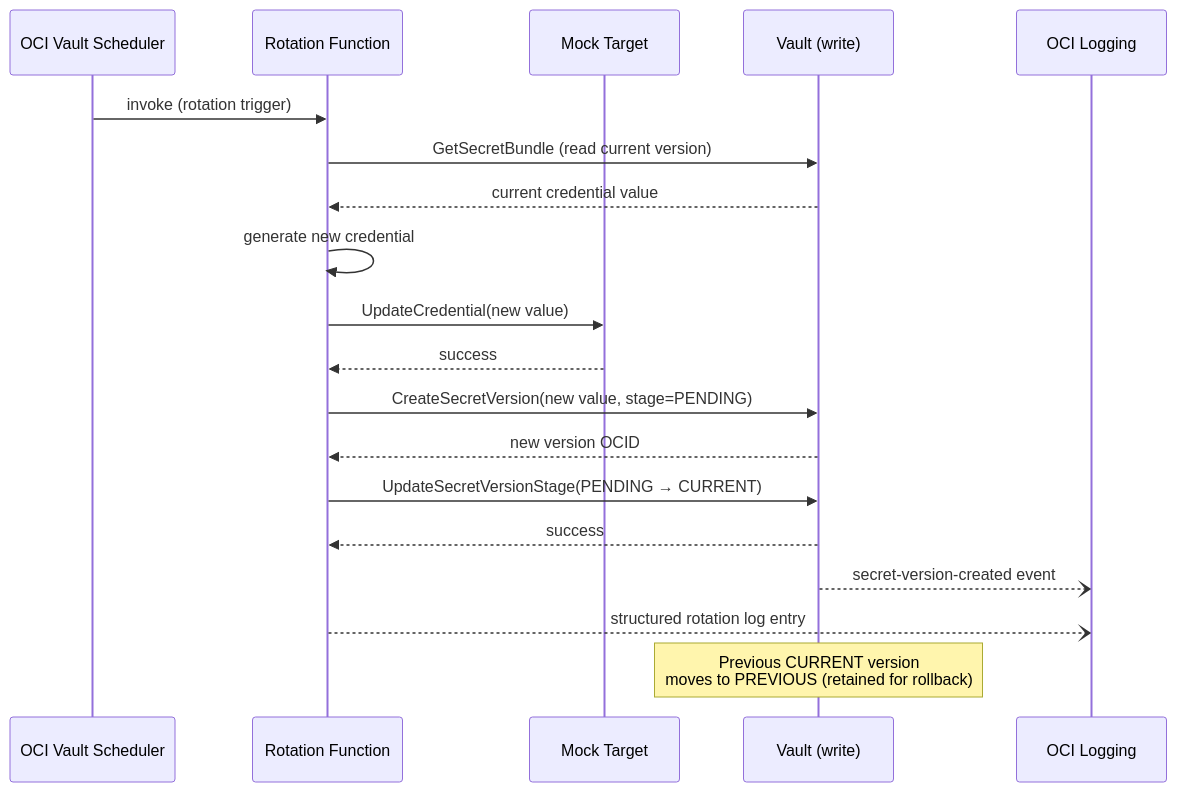
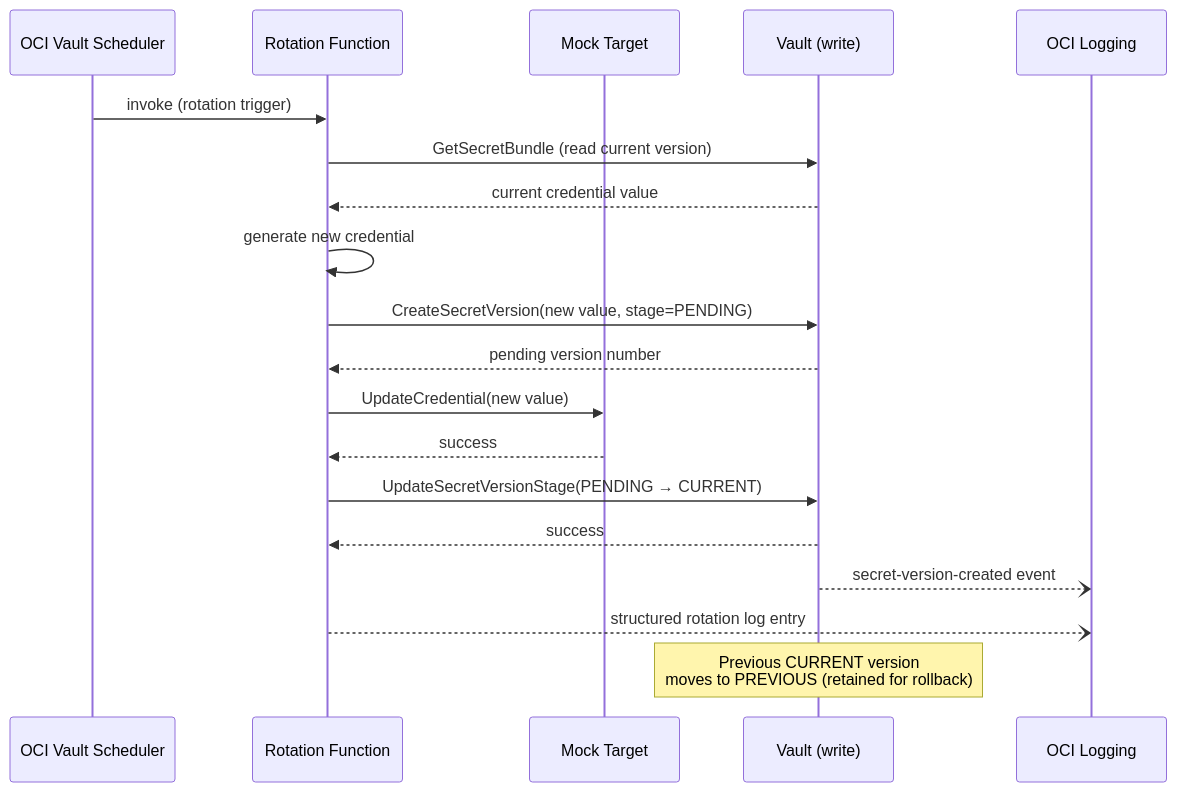
Before and after one commit to perspectivism/oci-secret-rotation: the second of 2 diagrams in docs/design.md, drawn with Mermaid. The commit also changed other lines of this file and 9 other files, not shown here.

````diff
--- a/docs/design.md
+++ b/docs/design.md
@@ -97,22 +97,22 @@
 ```mermaid
 sequenceDiagram
     participant VS as OCI Vault Scheduler
     participant FN as Rotation Function
     participant MT as Mock Target
     participant VW as Vault (write)
     participant LG as OCI Logging
 
     VS->>FN: invoke (rotation trigger)
     FN->>VW: GetSecretBundle (read current version)
     VW-->>FN: current credential value
     FN->>FN: generate new credential
+    FN->>VW: CreateSecretVersion(new value, stage=PENDING)
+    VW-->>FN: pending version number
     FN->>MT: UpdateCredential(new value)
     MT-->>FN: success
-    FN->>VW: CreateSecretVersion(new value, stage=PENDING)
-    VW-->>FN: new version OCID
     FN->>VW: UpdateSecretVersionStage(PENDING → CURRENT)
     VW-->>FN: success
     VW--)LG: secret-version-created event
     FN--)LG: structured rotation log entry
     Note over VW: Previous CURRENT version<br/>moves to PREVIOUS (retained for rollback)
 ```
````
